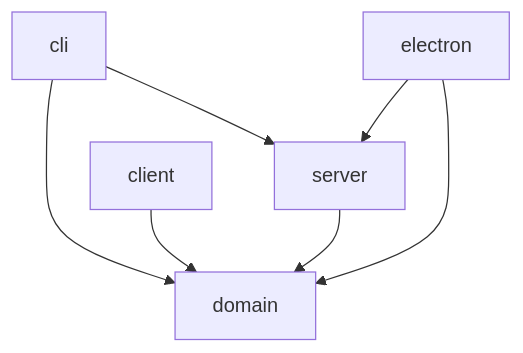
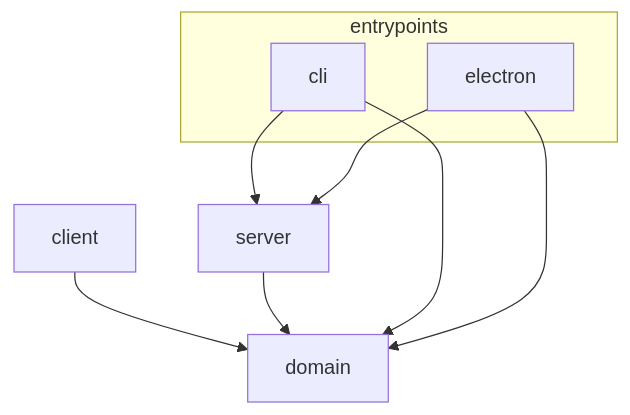
The diagram in ARCHITECTURE.md (ytakahashi/sift), drawn with Mermaid before and after one commit. The commit also changed other lines of this file and 13 other files, not shown here.

````diff
--- a/ARCHITECTURE.md
+++ b/ARCHITECTURE.md
@@ -33,15 +41,18 @@
 ```mermaid
 graph TD
     domain
     server
     client
-    cli
-    electron
 
-    cli --> domain
+    subgraph entrypoints
+        cli
+        electron
+    end
+
     client --> domain
     server --> domain
+    cli --> domain
+    cli --> server
     electron --> domain
-    cli --> server
     electron --> server
 ```
````
